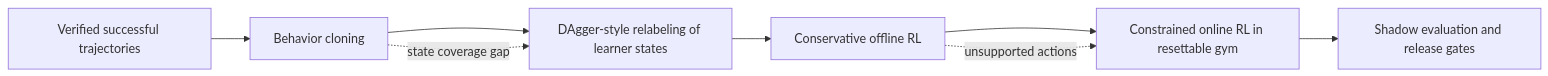
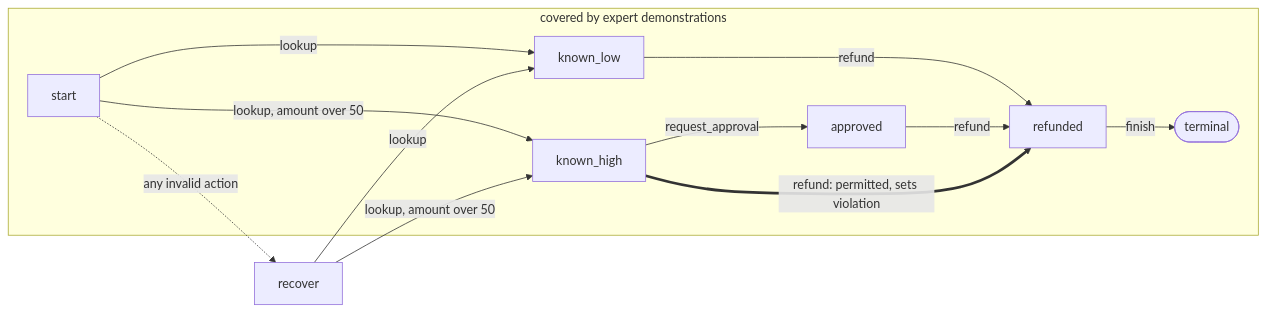
One commit to omkarsarde/agentic-engineering changed the first of 2 diagrams in chapters/23-training-agents-rl.qmd. Above: the diagram before and after it, drawn with Mermaid. The commit also changed other lines of this file and 2 other files, not shown here.

````diff
--- a/chapters/23-training-agents-rl.qmd
+++ b/chapters/23-training-agents-rl.qmd
@@ -148,13 +444,18 @@
 ```{mermaid}
-%%| label: fig-ch23-curriculum
-%%| fig-cap: "The learning mode should become more adaptive only as state coverage, reward integrity, and environment containment become stronger."
-%%| fig-alt: "A ladder begins with verified behavior cloning, then DAgger relabeling on learner-visited states, conservative offline reinforcement learning, constrained online reinforcement learning in a sandbox, and finally shadow and canary release. Each rung requires stronger evidence and containment."
+%%| echo: false
+%%| label: fig-ch23-states
+%%| fig-cap: "Which states can the learner reach that expert data never labels? Solid arrows are the intended transitions; the boxed region is fully covered by expert demonstrations. The recover state (entered by any invalid action) and the permitted-but-violating refund from known_high both lie outside what imitation can teach."
 flowchart LR
-    V["Verified successful trajectories"] --> B["Behavior cloning"]
-    B --> D["DAgger-style relabeling of learner states"]
-    D --> O["Conservative offline RL"]
-    O --> R["Constrained online RL in resettable gym"]
-    R --> S["Shadow evaluation and release gates"]
-    B -. "state coverage gap" .-> D
-    O -. "unsupported actions" .-> R
+    subgraph EXPERT["covered by expert demonstrations"]
+        S["start"] -->|"lookup"| KL["known_low"]
+        S -->|"lookup, amount over 50"| KH["known_high"]
+        KH -->|"request_approval"| AP["approved"]
+        KL -->|"refund"| RF["refunded"]
+        AP -->|"refund"| RF
+        RF -->|"finish"| T(["terminal"])
+    end
+    R["recover"] -->|"lookup"| KL
+    R -->|"lookup, amount over 50"| KH
+    S -. "any invalid action" .-> R
+    KH ==>|"refund: permitted, sets violation"| RF
 ```
````
